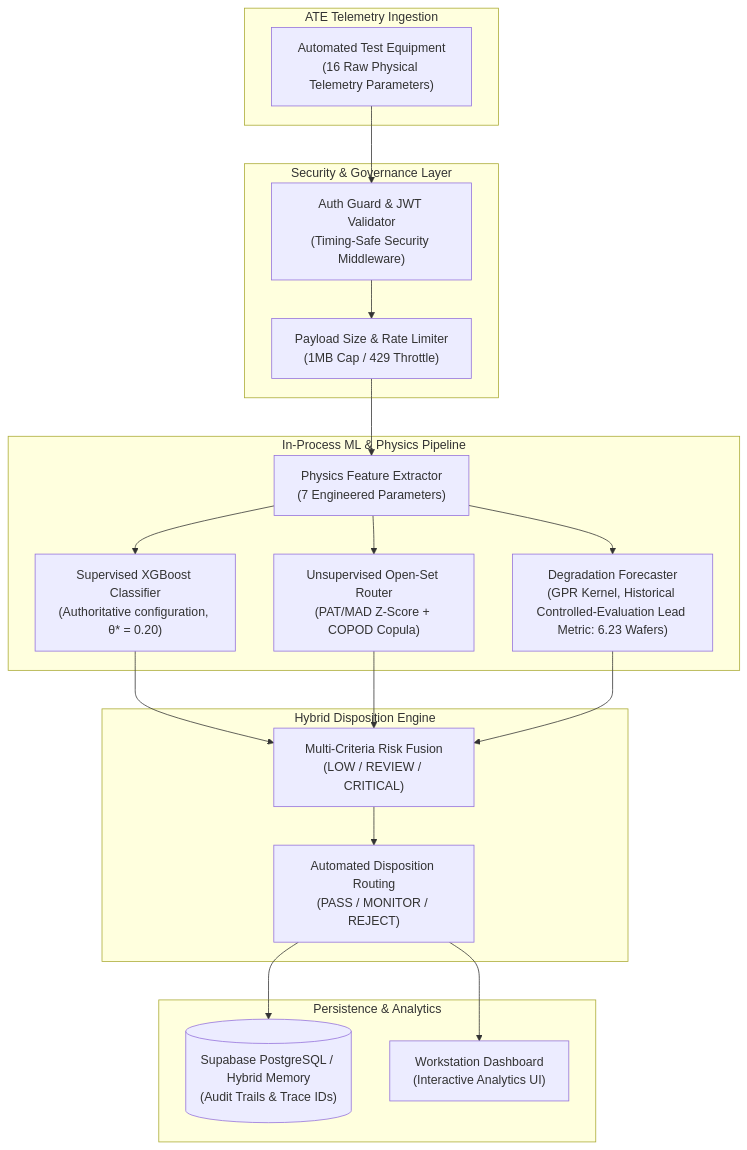
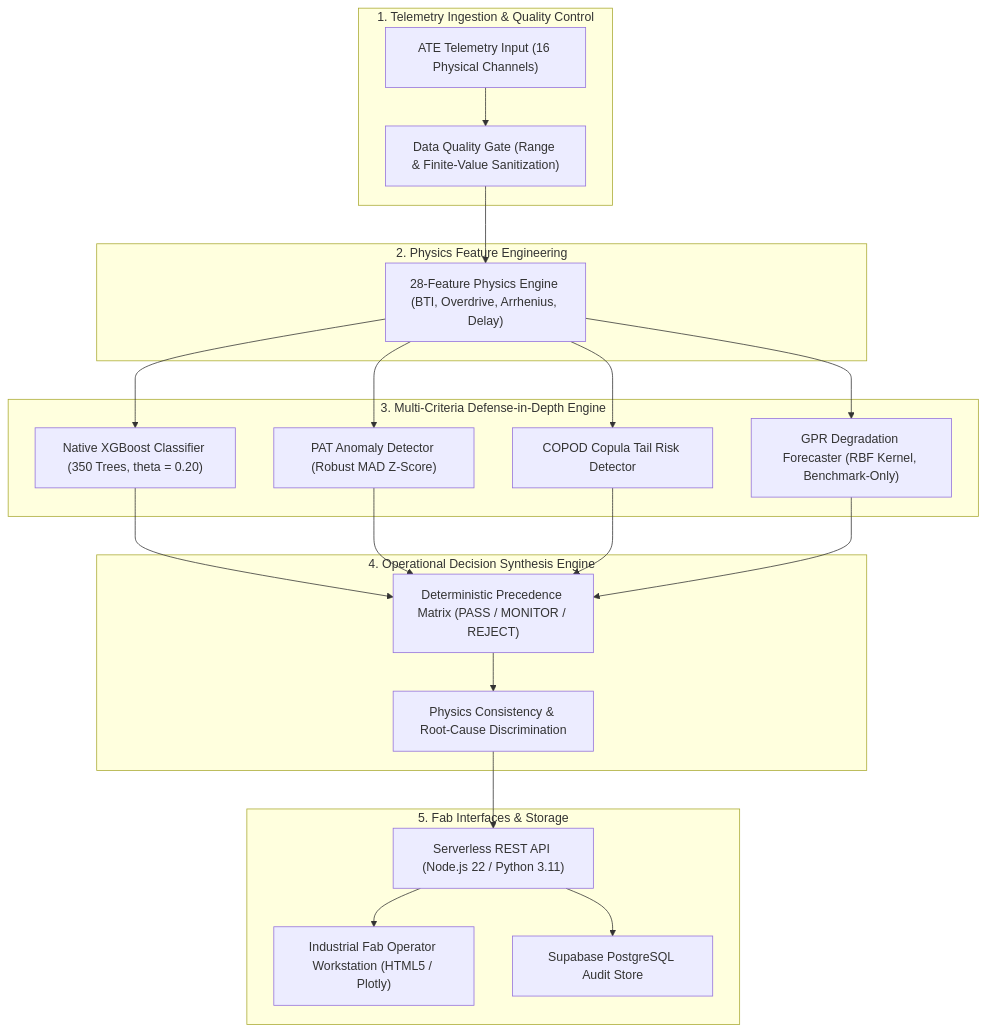
The diagram in README.md (umeshpandeysh/predicta-26), drawn with Mermaid before and after one commit. The commit also changed other lines of this file, not shown here.

````diff
--- a/README.md
+++ b/README.md
@@ -61,33 +34,34 @@
 ```mermaid
 flowchart TD
-    subgraph Input ["ATE Telemetry Ingestion"]
-        ATE["Automated Test Equipment<br/>(16 Raw Physical Telemetry Parameters)"]
+    subgraph INGESTION["1. Telemetry Ingestion & Quality Control"]
+        ATE["ATE Telemetry Input (16 Physical Channels)"]
+        VAL["Data Quality Gate (Range & Finite-Value Sanitization)"]
     end
 
-    subgraph Security ["Security & Governance Layer"]
-        AUTH["Auth Guard & JWT Validator<br/>(Timing-Safe Security Middleware)"]
-        CAP["Payload Size & Rate Limiter<br/>(1MB Cap / 429 Throttle)"]
+    subgraph PREPROC["2. Physics Feature Engineering"]
+        FE["28-Feature Physics Engine (BTI, Overdrive, Arrhenius, Delay)"]
     end
 
-    subgraph Core ["In-Process ML & Physics Pipeline"]
-        FE["Physics Feature Extractor<br/>(7 Engineered Parameters)"]
-        SGT["Supervised XGBoost Classifier<br/>(Authoritative configuration, θ* = 0.20)"]
-        OPEN["Unsupervised Open-Set Router<br/>(PAT/MAD Z-Score + COPOD Copula)"]
-        GPR["Degradation Forecaster<br/>(GPR Kernel, Historical Controlled-Evaluation Lead Metric: 6.23 Wafers)"]
+    subgraph ENSEMBLE["3. Multi-Criteria Defense-in-Depth Engine"]
+        XGB["Native XGBoost Classifier (350 Trees, theta = 0.20)"]
+        PAT["PAT Anomaly Detector (Robust MAD Z-Score)"]
+        COPOD["COPOD Copula Tail Risk Detector"]
+        GPR["GPR Degradation Forecaster (RBF Kernel, Benchmark-Only)"]
     end
 
-    subgraph Decision ["Hybrid Disposition Engine"]
-        RISK["Multi-Criteria Risk Fusion<br/>(LOW / REVIEW / CRITICAL)"]
-        DISP["Automated Disposition Routing<br/>(PASS / MONITOR / REJECT)"]
+    subgraph DISPOSITION["4. Operational Decision Synthesis Engine"]
+        RULES["Deterministic Precedence Matrix (PASS / MONITOR / REJECT)"]
+        DISCRIM["Physics Consistency & Root-Cause Discrimination"]
     end
 
-    subgraph Store ["Persistence & Analytics"]
-        DB[("Supabase PostgreSQL / Hybrid Memory<br/>(Audit Trails & Trace IDs)")]
-        DASH["Workstation Dashboard<br/>(Interactive Analytics UI)"]
+    subgraph CONSUMPTION["5. Fab Interfaces & Storage"]
+        API["Serverless REST API (Node.js 22 / Python 3.11)"]
+        DASH["Industrial Fab Operator Workstation (HTML5 / Plotly)"]
+        DB["Supabase PostgreSQL Audit Store"]
     end
 
-    ATE --> AUTH --> CAP --> FE
-    FE --> SGT & OPEN & GPR
-    SGT & OPEN & GPR --> RISK --> DISP
-    DISP --> DB & DASH
+    ATE --> VAL --> FE
+    FE --> XGB & PAT & COPOD & GPR
+    XGB & PAT & COPOD & GPR --> RULES --> DISCRIM
+    DISCRIM --> API --> DASH & DB
 ```
````
